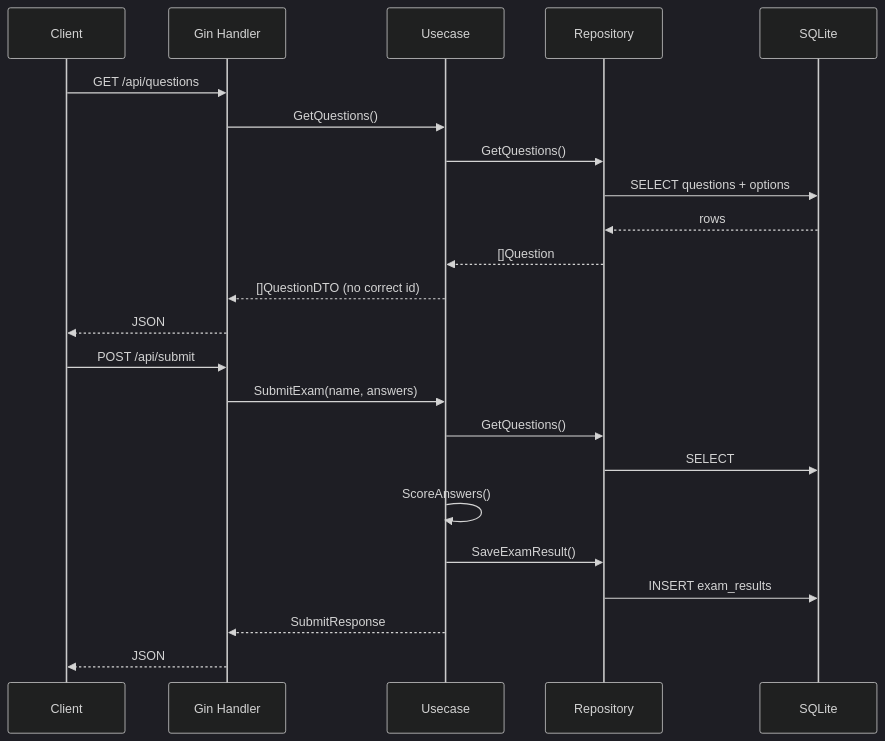
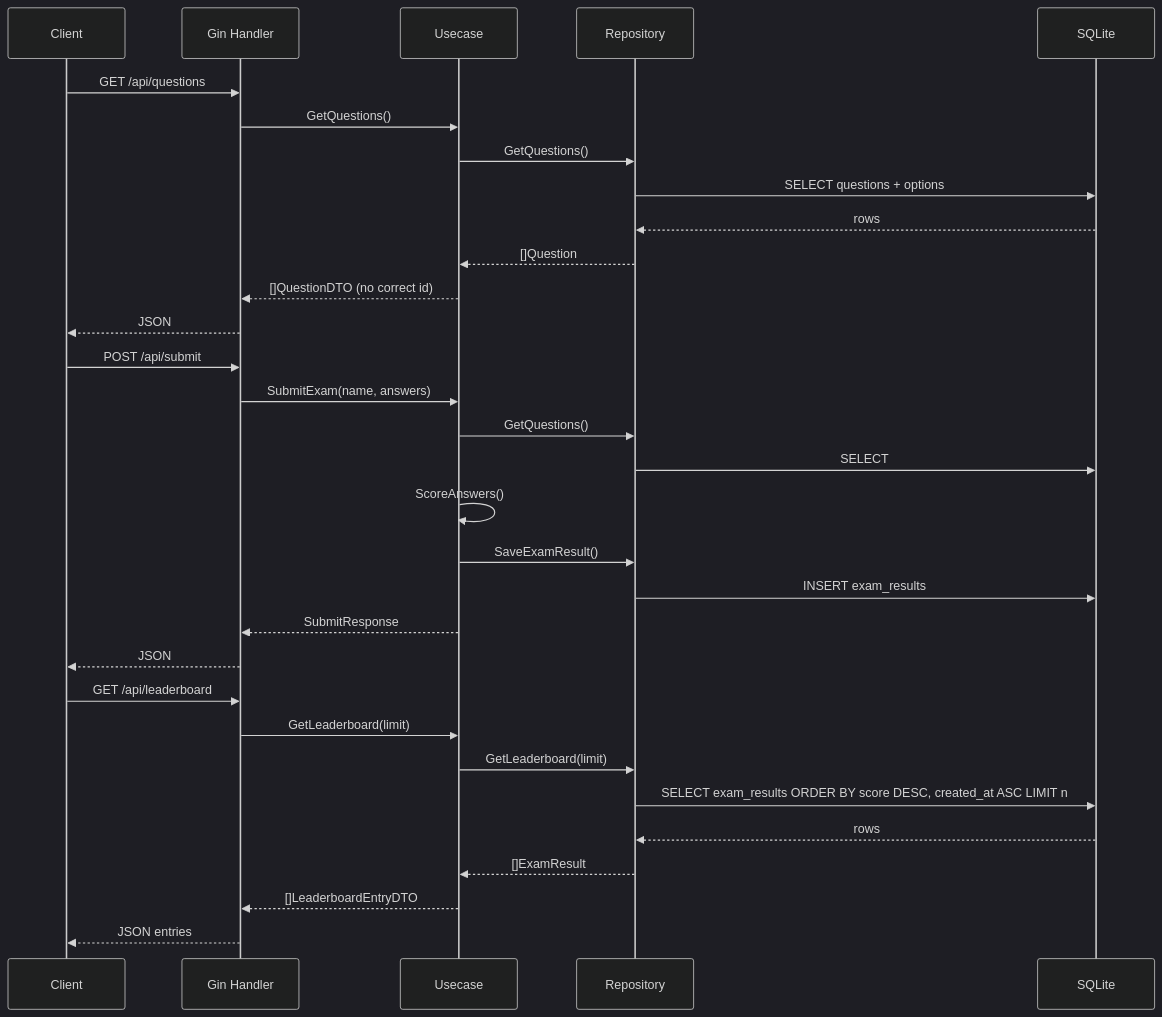
The second of 2 diagrams in docs/architech.md (frame-set-hub/digital-scholar-exam), drawn with Mermaid (dark theme) before and after one commit. The commit also changed other lines of this file and 21 other files, not shown here.

Commit message:
Add leaderboard feature with API endpoint and frontend integration. Implement GET /api/leaderboard to fetch top scores, update documentation, and create mock data scripts for testing. Enhance frontend with LeaderboardView and state management in examStore.

````diff
--- a/docs/architech.md
+++ b/docs/architech.md
@@ -101,27 +119,36 @@
 ```mermaid
 sequenceDiagram
   participant C as Client
   participant H as Gin Handler
   participant U as Usecase
   participant R as Repository
   participant DB as SQLite
 
   C->>H: GET /api/questions
   H->>U: GetQuestions()
   U->>R: GetQuestions()
   R->>DB: SELECT questions + options
   DB-->>R: rows
   R-->>U: []Question
   U-->>H: []QuestionDTO (no correct id)
   H-->>C: JSON
 
   C->>H: POST /api/submit
   H->>U: SubmitExam(name, answers)
   U->>R: GetQuestions()
   R->>DB: SELECT
   U->>U: ScoreAnswers()
   U->>R: SaveExamResult()
   R->>DB: INSERT exam_results
   U-->>H: SubmitResponse
   H-->>C: JSON
+
+  C->>H: GET /api/leaderboard
+  H->>U: GetLeaderboard(limit)
+  U->>R: GetLeaderboard(limit)
+  R->>DB: SELECT exam_results ORDER BY score DESC, created_at ASC LIMIT n
+  DB-->>R: rows
+  R-->>U: []ExamResult
+  U-->>H: []LeaderboardEntryDTO
+  H-->>C: JSON entries
 ```
````
